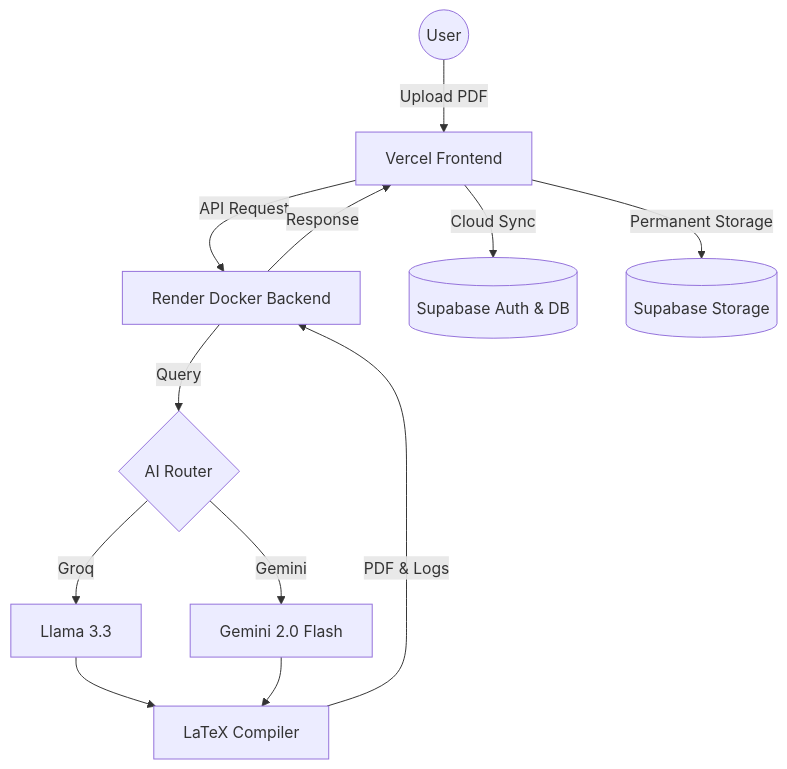
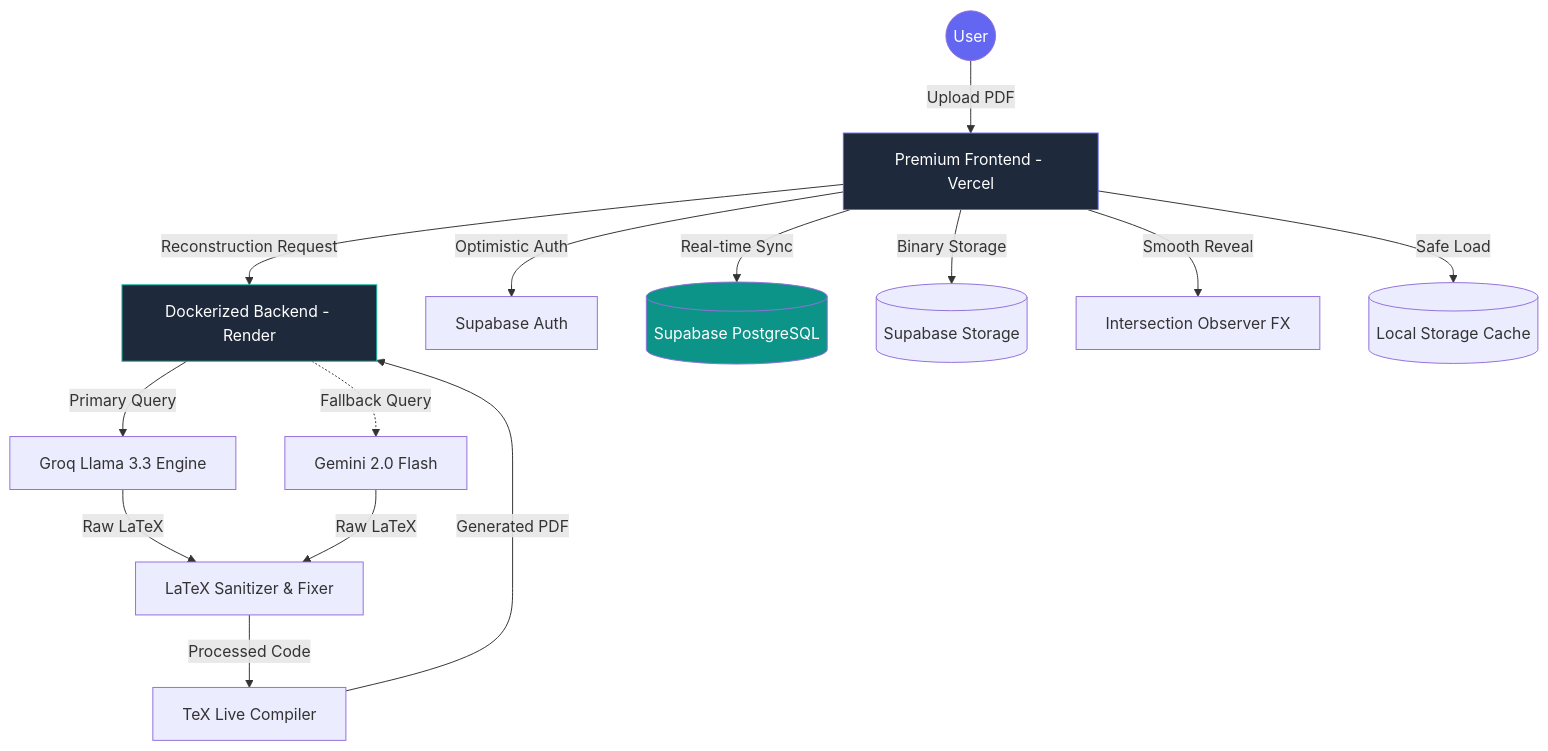
Before and after one commit to Pramod-Munnoli/AI_Latex_Resume_Builder: the diagram in README.md, drawn with Mermaid. The commit also changed other lines of this file, not shown here.

Commit message:
Update README with professional workflow diagram and detailed feature list

````diff
--- a/README.md
+++ b/README.md
@@ -21,14 +26,29 @@
 ```mermaid
 graph TD
-    User((User)) -->|Upload PDF| FE[Vercel Frontend]
-    FE -->|API Request| BE[Render Docker Backend]
-    BE -->|Query| AI{AI Router}
-    AI -->|Groq| Llama[Llama 3.3]
-    AI -->|Gemini| GFlash[Gemini 2.0 Flash]
-    Llama --> Comp[LaTeX Compiler]
-    GFlash --> Comp
-    Comp -->|PDF & Logs| BE
-    BE -->|Response| FE
-    FE -->|Cloud Sync| SB[(Supabase Auth & DB)]
-    FE -->|Permanent Storage| Store[(Supabase Storage)]
+    %% Frontend Entry
+    User((User)) -->|Upload PDF| FE[Premium Frontend - Vercel]
+    
+    %% AI Processing Layer
+    FE -->|Reconstruction Request| BE[Dockerized Backend - Render]
+    BE -->|Primary Query| Groq[Groq Llama 3.3 Engine]
+    BE -.->|Fallback Query| Gemini[Gemini 2.0 Flash]
+    
+    %% Compilation Layer
+    Groq & Gemini -->|Raw LaTeX| San[LaTeX Sanitizer & Fixer]
+    San -->|Processed Code| TEX[TeX Live Compiler]
+    TEX -->|Generated PDF| BE
+    
+    %% Cloud Ecosystem
+    FE -->|Optimistic Auth| SB_A[Supabase Auth]
+    FE -->|Real-time Sync| SB_D[(Supabase PostgreSQL)]
+    FE -->|Binary Storage| SB_S[(Supabase Storage)]
+    
+    %% UI/UX Layer
+    FE -->|Smooth Reveal| IO[Intersection Observer FX]
+    FE -->|Safe Load| LS[(Local Storage Cache)]
+    
+    style User fill:#6366f1,color:#fff
+    style FE fill:#1e293b,stroke:#6366f1,color:#fff
+    style BE fill:#1e293b,stroke:#14b8a6,color:#fff
+    style SB_D fill:#0d9488,color:#fff
 ```
````
